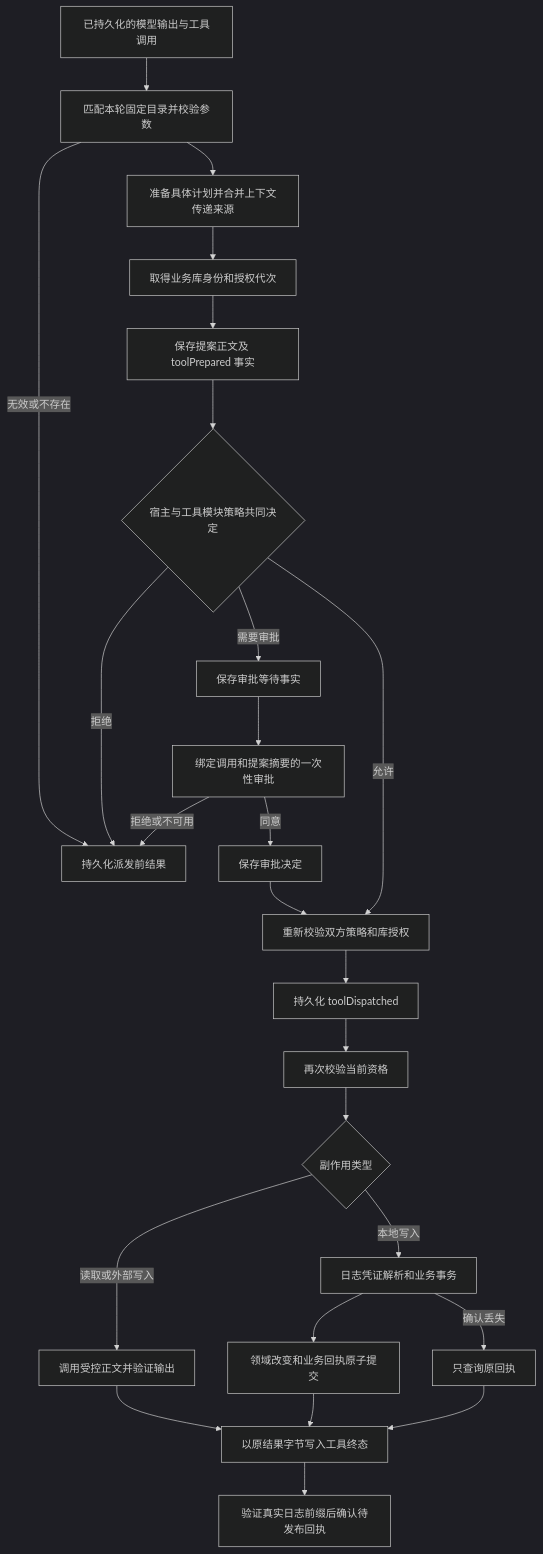
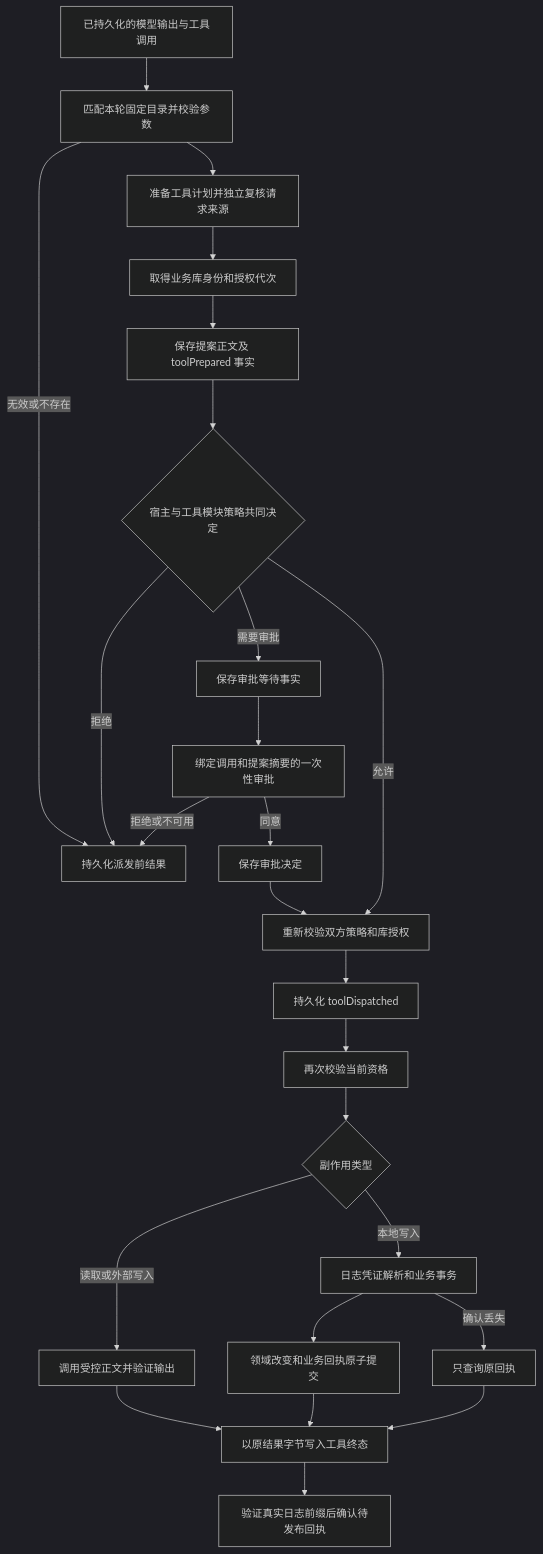
Before and after one commit to alwynou/mira: the first of 3 diagrams in docs/architecture/AGENT_TOOL_EXECUTION.md, drawn with Mermaid (dark theme). The commit also changed other lines of this file and 290 other files, not shown here.

````diff
--- a/docs/architecture/AGENT_TOOL_EXECUTION.md
+++ b/docs/architecture/AGENT_TOOL_EXECUTION.md
@@ -22,27 +22,27 @@
 ```mermaid
 flowchart TD
   A[已持久化的模型输出与工具调用] --> B[匹配本轮固定目录并校验参数]
   B -->|无效或不存在| X[持久化派发前结果]
-  B --> C[准备具体计划并合并上下文传递来源]
+  B --> C[准备工具计划并独立复核请求来源]
   C --> D[取得业务库身份和授权代次]
   D --> E[保存提案正文及 toolPrepared 事实]
   E --> F{宿主与工具模块策略共同决定}
   F -->|拒绝| X
   F -->|需要审批| G[保存审批等待事实]
   G --> H[绑定调用和提案摘要的一次性审批]
   H -->|拒绝或不可用| X
   H -->|同意| I[保存审批决定]
   F -->|允许| J[重新校验双方策略和库授权]
   I --> J
   J --> K[持久化 toolDispatched]
   K --> L[再次校验当前资格]
   L --> M{副作用类型}
   M -->|读取或外部写入| N[调用受控正文并验证输出]
   M -->|本地写入| O[日志凭证解析和业务事务]
   O --> P[领域改变和业务回执原子提交]
   P --> Q[以原结果字节写入工具终态]
   N --> Q
   Q --> R[验证真实日志前缀后确认待发布回执]
   O -->|确认丢失| S[只查询原回执]
   S --> Q
 ```
````
